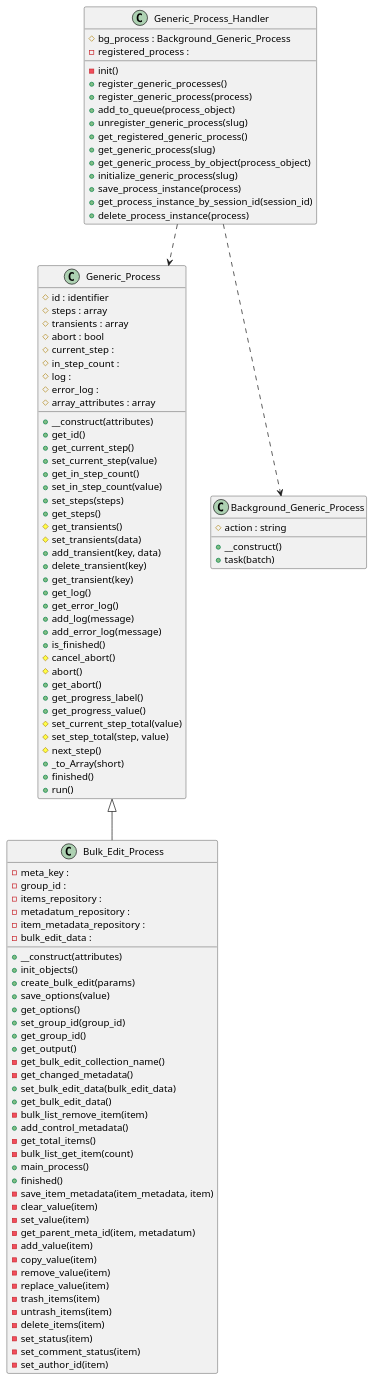
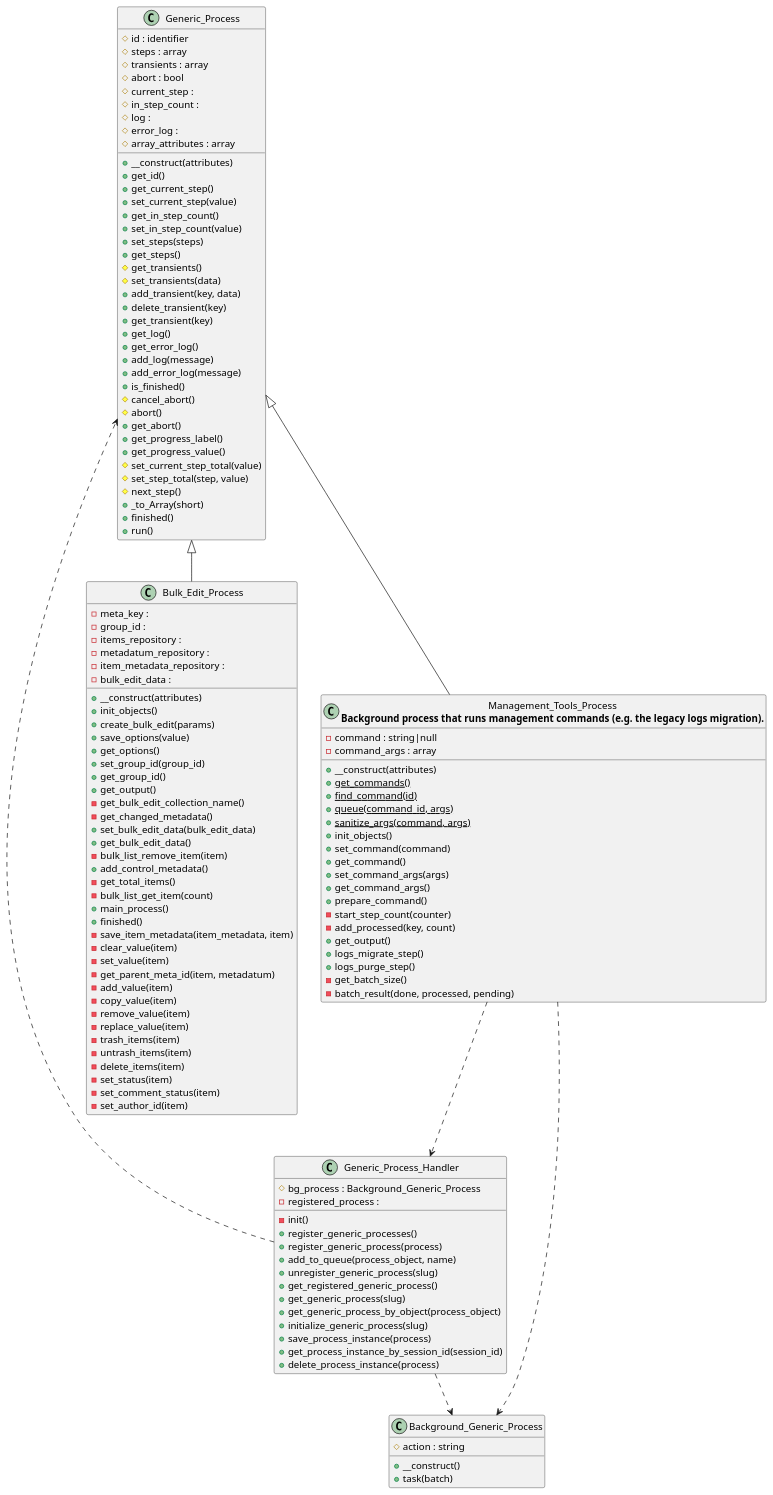
The diagram in docs/diagrams/tainacan-namespace-Tainacan-GenericProcess.puml (tainacan/tainacan), drawn with PlantUML before and after one commit. The commit also changed 27 other files, not shown here.

```diff
--- a/docs/diagrams/tainacan-namespace-Tainacan-GenericProcess.puml
+++ b/docs/diagrams/tainacan-namespace-Tainacan-GenericProcess.puml
@@ -1,106 +1,131 @@
 @startuml class-diagram
   class "Bulk_Edit_Process" as Bulk_Edit_Process {
     -meta_key : 
     -group_id : 
     -items_repository : 
     -metadatum_repository : 
     -item_metadata_repository : 
     -bulk_edit_data : 
     +__construct(attributes)
     +init_objects()
     +create_bulk_edit(params)
     +save_options(value)
     +get_options()
     +set_group_id(group_id)
     +get_group_id()
     +get_output()
     -get_bulk_edit_collection_name()
     -get_changed_metadata()
     +set_bulk_edit_data(bulk_edit_data)
     +get_bulk_edit_data()
     -bulk_list_remove_item(item)
     +add_control_metadata()
     -get_total_items()
     -bulk_list_get_item(count)
     +main_process()
     +finished()
     -save_item_metadata(item_metadata, item)
     -clear_value(item)
     -set_value(item)
     -get_parent_meta_id(item, metadatum)
     -add_value(item)
     -copy_value(item)
     -remove_value(item)
     -replace_value(item)
     -trash_items(item)
     -untrash_items(item)
     -delete_items(item)
     -set_status(item)
     -set_comment_status(item)
     -set_author_id(item)
   }
   class "Generic_Process_Handler" as Generic_Process_Handler {
     #bg_process : Background_Generic_Process
     -registered_process : 
     -init()
     +register_generic_processes()
     +register_generic_process(process)
-    +add_to_queue(process_object)
+    +add_to_queue(process_object, name)
     +unregister_generic_process(slug)
     +get_registered_generic_process()
     +get_generic_process(slug)
     +get_generic_process_by_object(process_object)
     +initialize_generic_process(slug)
     +save_process_instance(process)
     +get_process_instance_by_session_id(session_id)
     +delete_process_instance(process)
+  }
+  class "Management_Tools_Process\n<b>Background process that runs management commands (e.g. the legacy logs migration).</b>" as Management_Tools_Process {
+    -command : string|null
+    -command_args : array
+    +__construct(attributes)
+    {static} +get_commands()
+    {static} +find_command(id)
+    {static} +queue(command_id, args)
+    {static} +sanitize_args(command, args)
+    +init_objects()
+    +set_command(command)
+    +get_command()
+    +set_command_args(args)
+    +get_command_args()
+    +prepare_command()
+    -start_step_count(counter)
+    -add_processed(key, count)
+    +get_output()
+    +logs_migrate_step()
+    +logs_purge_step()
+    -get_batch_size()
+    -batch_result(done, processed, pending)
   }
   class "Generic_Process" as Generic_Process {
     #id : identifier
     #steps : array
     #transients : array
     #abort : bool
     #current_step : 
     #in_step_count : 
     #log : 
     #error_log : 
     #array_attributes : array
     +__construct(attributes)
     +get_id()
     +get_current_step()
     +set_current_step(value)
     +get_in_step_count()
     +set_in_step_count(value)
     +set_steps(steps)
     +get_steps()
     #get_transients()
     #set_transients(data)
     +add_transient(key, data)
     +delete_transient(key)
     +get_transient(key)
     +get_log()
     +get_error_log()
     +add_log(message)
     +add_error_log(message)
     +is_finished()
     #cancel_abort()
     #abort()
     +get_abort()
     +get_progress_label()
     +get_progress_value()
     #set_current_step_total(value)
     #set_step_total(step, value)
     #next_step()
     +_to_Array(short)
     +finished()
     +run()
   }
   class "Background_Generic_Process" as Background_Generic_Process {
     #action : string
     +__construct()
     +task(batch)
   }
   Generic_Process <|-- Bulk_Edit_Process
+  Generic_Process <|-- Management_Tools_Process
   Generic_Process_Handler ..> Background_Generic_Process
   Generic_Process_Handler ..> Generic_Process
+  Management_Tools_Process ..> Background_Generic_Process
+  Management_Tools_Process ..> Generic_Process_Handler
 @enduml
```
